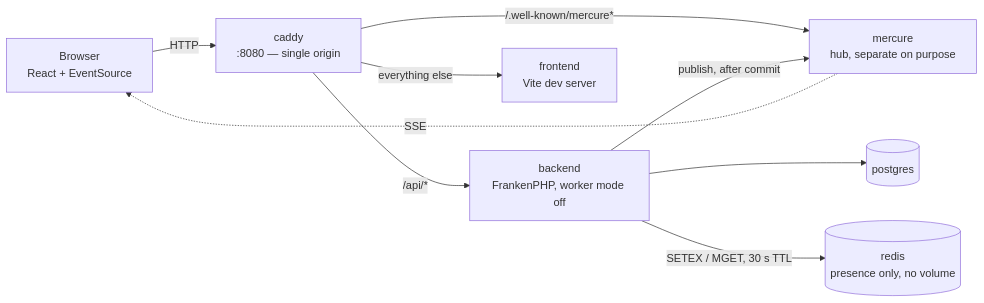
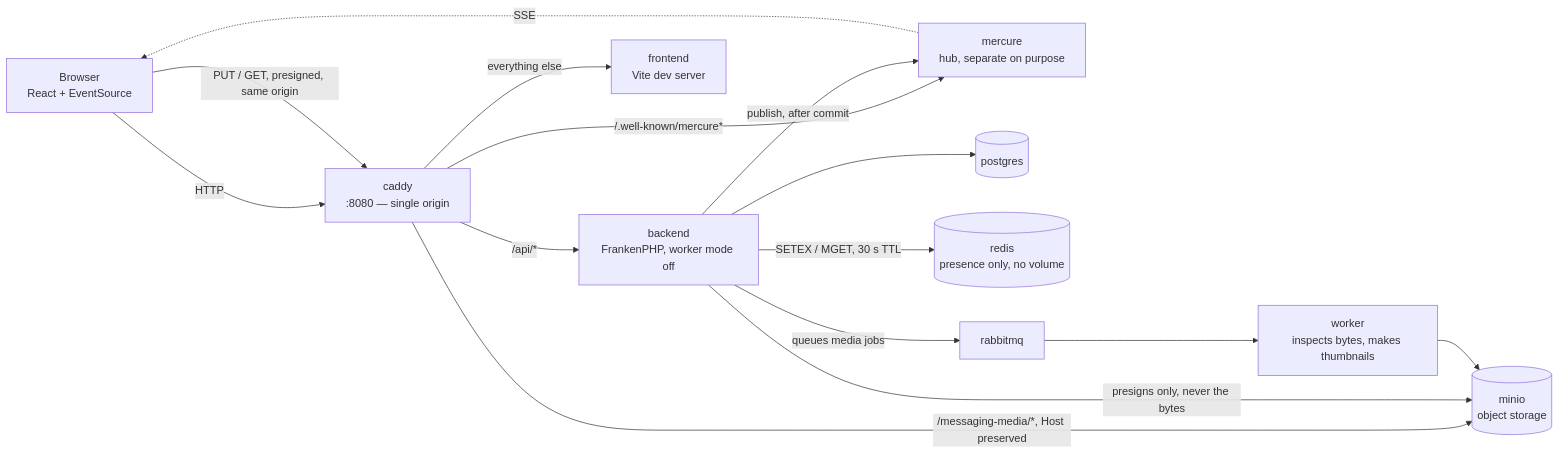
One commit to nicolas-canfrere/instant-messaging changed the diagram in README.md. Above: the diagram before and after it, drawn with Mermaid. The commit also changed other lines of this file and 2 other files, not shown here.

````diff
--- a/README.md
+++ b/README.md
@@ -107,18 +107,27 @@
 ```mermaid
 flowchart LR
     Browser["Browser<br/>React + EventSource"]
     Caddy["caddy<br/>:8080 — single origin"]
     Backend["backend<br/>FrankenPHP, worker mode off"]
     Mercure["mercure<br/>hub, separate on purpose"]
     Postgres[("postgres")]
     Redis[("redis<br/>presence only, no volume")]
+    Minio[("minio<br/>object storage")]
+    Rabbit["rabbitmq"]
+    Worker["worker<br/>inspects bytes, makes thumbnails"]
 
     Browser -->|"HTTP"| Caddy
     Caddy -->|"/api/*"| Backend
     Caddy -->|"/.well-known/mercure*"| Mercure
+    Caddy -->|"/messaging-media/*, Host preserved"| Minio
     Caddy -->|"everything else"| Vite["frontend<br/>Vite dev server"]
     Backend -->|"publish, after commit"| Mercure
     Backend --> Postgres
     Backend -->|"SETEX / MGET, 30 s TTL"| Redis
+    Backend -->|"presigns only, never the bytes"| Minio
+    Backend -->|"queues media jobs"| Rabbit
+    Rabbit --> Worker
+    Worker --> Minio
+    Browser -->|"PUT / GET, presigned, same origin"| Caddy
     Mercure -.->|"SSE"| Browser
 ```
````
